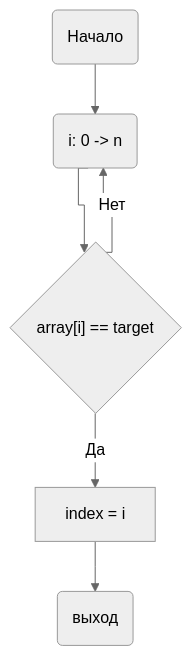
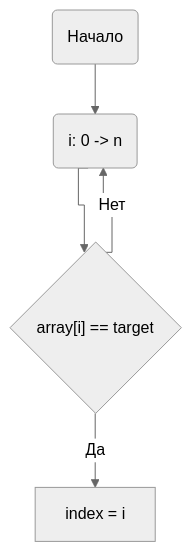
One commit to jewelofchaos9/paralellabki changed the diagram in lab2/README.md. Above: the diagram before and after it, drawn with Mermaid (neutral theme).

````diff
--- a/lab2/README.md
+++ b/lab2/README.md
@@ -45,10 +45,9 @@
 ```mermaid
     %%{ init : {"flowchart" : { "curve" : "stepAfter", "diagramPadding" : 20 }}}%%
     graph TD
         A(Начало) --> B(i: 0 -> n)
         
         B --> C{"array[i] == target"}
         C -->|Да| D["index = i"]
-        D --> E(выход)
         C -->|Нет| B
 ```
````
